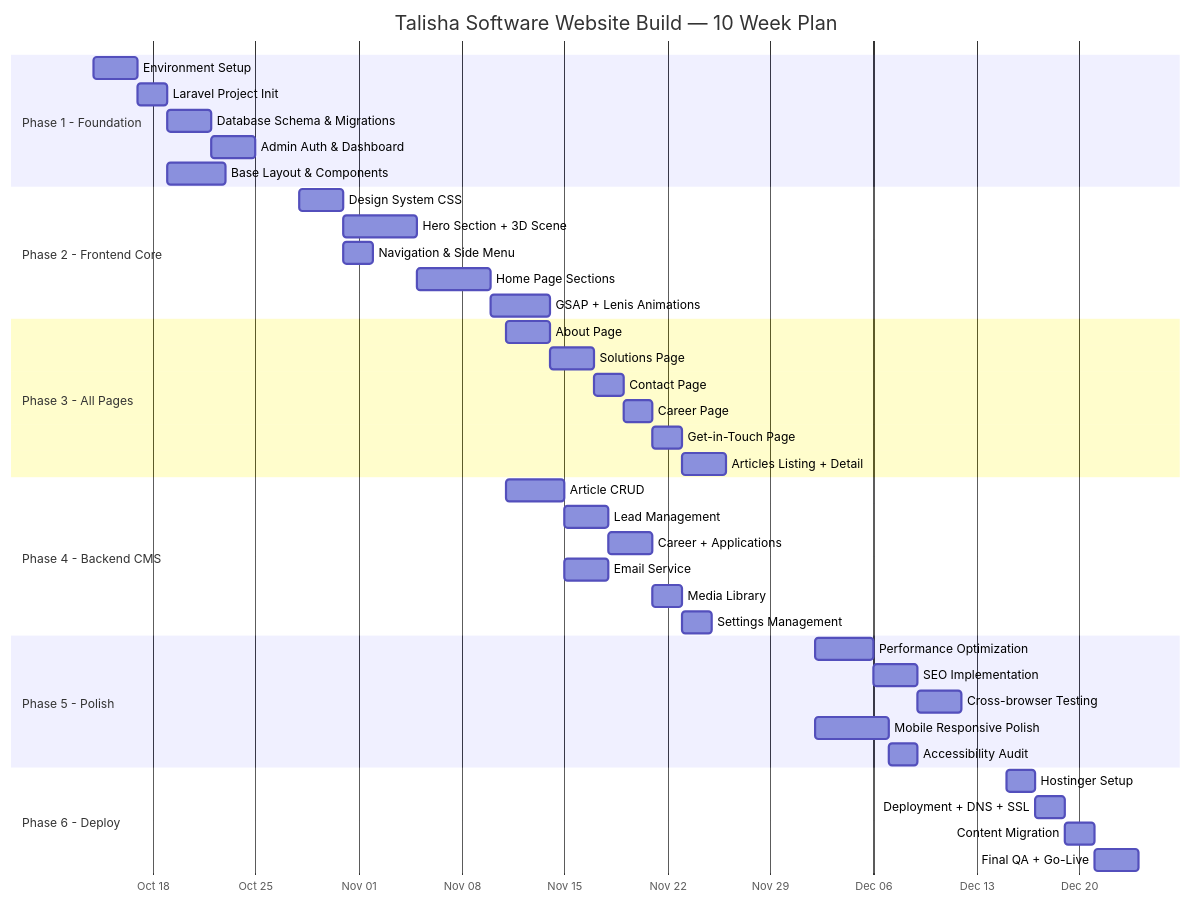
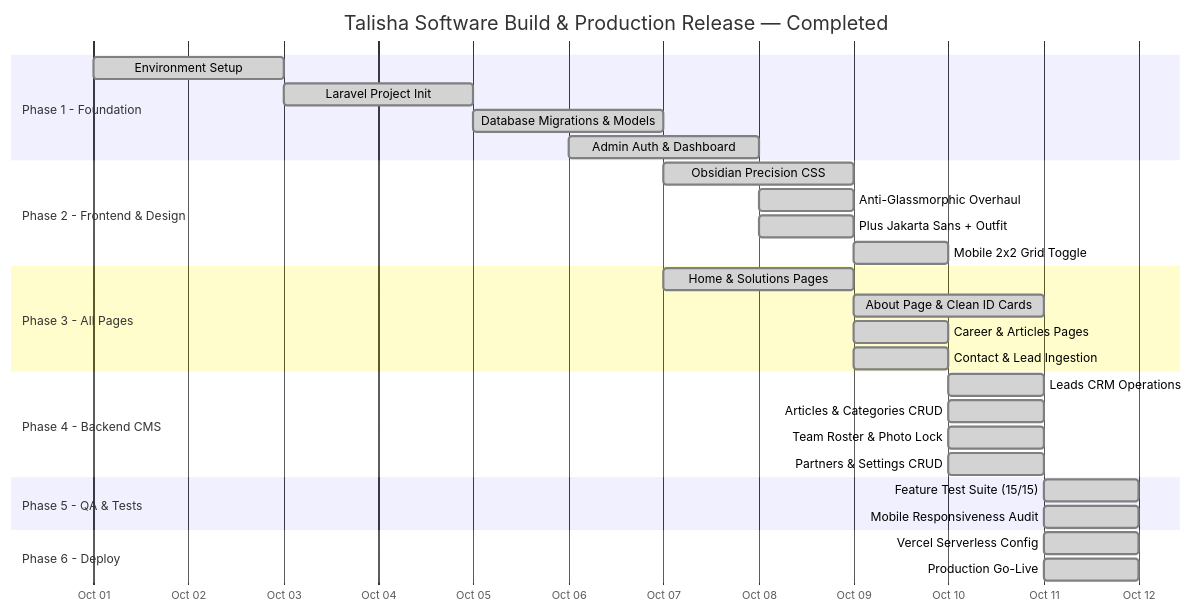
The diagram in source/Implementation_Plan.md (Mrinmoypatratint/talisha-software), drawn with Mermaid before and after one commit. The commit also changed other lines of this file and 9 other files, not shown here.

````diff
--- a/source/Implementation_Plan.md
+++ b/source/Implementation_Plan.md
@@ -17,49 +18,38 @@
 ```mermaid
 gantt
-    title Talisha Software Website Build — 10 Week Plan
+    title Talisha Software Build & Production Release — Completed
     dateFormat  YYYY-MM-DD
     axisFormat  %b %d
     
     section Phase 1 - Foundation
-    Environment Setup          :p1a, 2026-10-14, 3d
-    Laravel Project Init       :p1b, after p1a, 2d
-    Database Schema & Migrations :p1c, after p1b, 3d
-    Admin Auth & Dashboard     :p1d, after p1c, 3d
-    Base Layout & Components   :p1e, after p1b, 4d
+    Environment Setup            :done, p1a, 2026-10-01, 2d
+    Laravel Project Init         :done, p1b, 2026-10-03, 2d
+    Database Migrations & Models :done, p1c, 2026-10-05, 2d
+    Admin Auth & Dashboard       :done, p1d, 2026-10-06, 2d
     
-    section Phase 2 - Frontend Core
-    Design System CSS          :p2a, 2026-10-28, 3d
-    Hero Section + 3D Scene    :p2b, after p2a, 5d
-    Navigation & Side Menu     :p2c, after p2a, 2d
-    Home Page Sections         :p2d, after p2b, 5d
-    GSAP + Lenis Animations    :p2e, after p2d, 4d
+    section Phase 2 - Frontend & Design
+    Obsidian Precision CSS       :done, p2a, 2026-10-07, 2d
+    Anti-Glassmorphic Overhaul   :done, p2b, 2026-10-08, 1d
+    Plus Jakarta Sans + Outfit   :done, p2c, 2026-10-08, 1d
+    Mobile 2x2 Grid Toggle       :done, p2d, 2026-10-09, 1d
     
     section Phase 3 - All Pages
-    About Page                 :p3a, 2026-11-11, 3d
-    Solutions Page             :p3b, after p3a, 3d
-    Contact Page               :p3c, after p3b, 2d
-    Career Page                :p3d, after p3c, 2d
-    Get-in-Touch Page          :p3e, after p3d, 2d
-    Articles Listing + Detail  :p3f, after p3e, 3d
+    Home & Solutions Pages       :done, p3a, 2026-10-07, 2d
+    About Page & Clean ID Cards  :done, p3b, 2026-10-09, 2d
+    Career & Articles Pages      :done, p3c, 2026-10-09, 1d
+    Contact & Lead Ingestion     :done, p3d, 2026-10-09, 1d
     
     section Phase 4 - Backend CMS
-    Article CRUD               :p4a, 2026-11-11, 4d
-    Lead Management            :p4b, after p4a, 3d
-    Career + Applications      :p4c, after p4b, 3d
-    Email Service              :p4d, after p4a, 3d
-    Media Library              :p4e, after p4c, 2d
-    Settings Management        :p4f, after p4e, 2d
+    Leads CRM Operations        :done, p4a, 2026-10-10, 1d
+    Articles & Categories CRUD   :done, p4b, 2026-10-10, 1d
+    Team Roster & Photo Lock     :done, p4c, 2026-10-10, 1d
+    Partners & Settings CRUD     :done, p4d, 2026-10-10, 1d
     
-    section Phase 5 - Polish
-    Performance Optimization   :p5a, 2026-12-02, 4d
-    SEO Implementation         :p5b, after p5a, 3d
-    Cross-browser Testing      :p5c, after p5b, 3d
-    Mobile Responsive Polish   :p5d, 2026-12-02, 5d
-    Accessibility Audit        :p5e, after p5d, 2d
+    section Phase 5 - QA & Tests
+    Feature Test Suite (15/15)   :done, p5a, 2026-10-11, 1d
+    Mobile Responsiveness Audit  :done, p5b, 2026-10-11, 1d
     
     section Phase 6 - Deploy
-    Hostinger Setup            :p6a, 2026-12-15, 2d
-    Deployment + DNS + SSL     :p6b, after p6a, 2d
-    Content Migration          :p6c, after p6b, 2d
-    Final QA + Go-Live         :p6d, after p6c, 3d
+    Vercel Serverless Config     :done, p6a, 2026-10-11, 1d
+    Production Go-Live           :done, p6b, 2026-10-11, 1d
 ```
````
